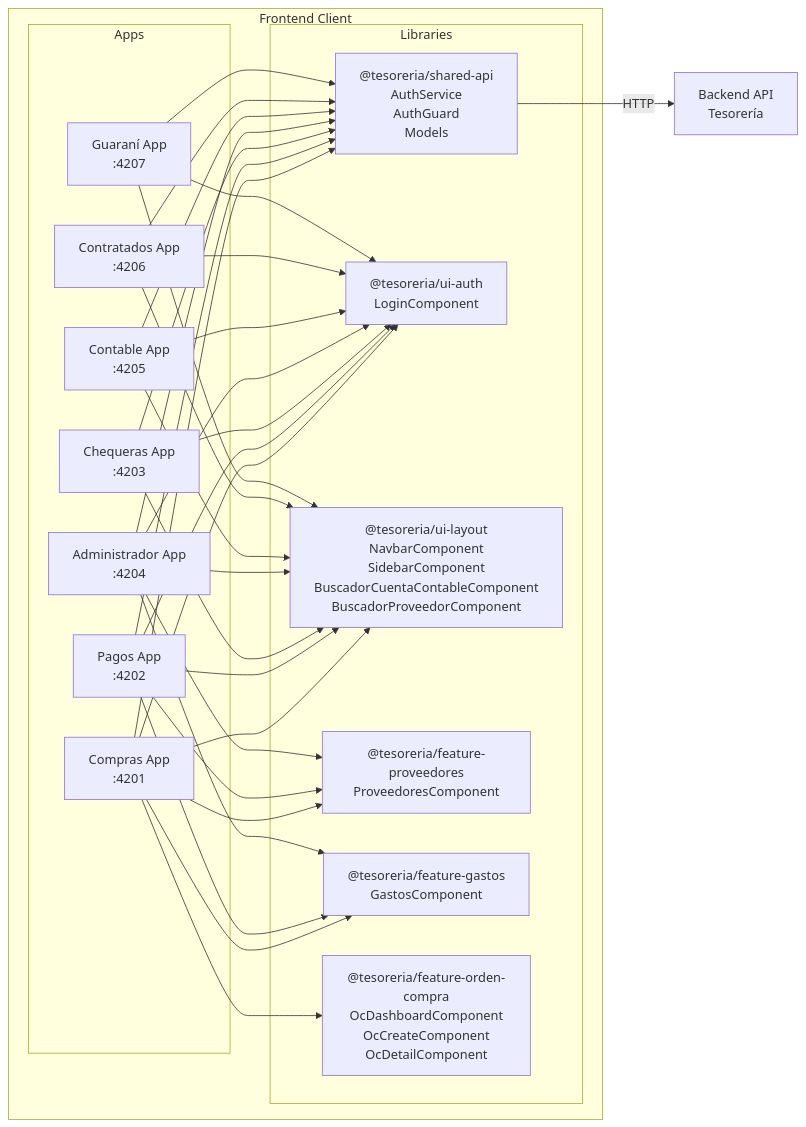
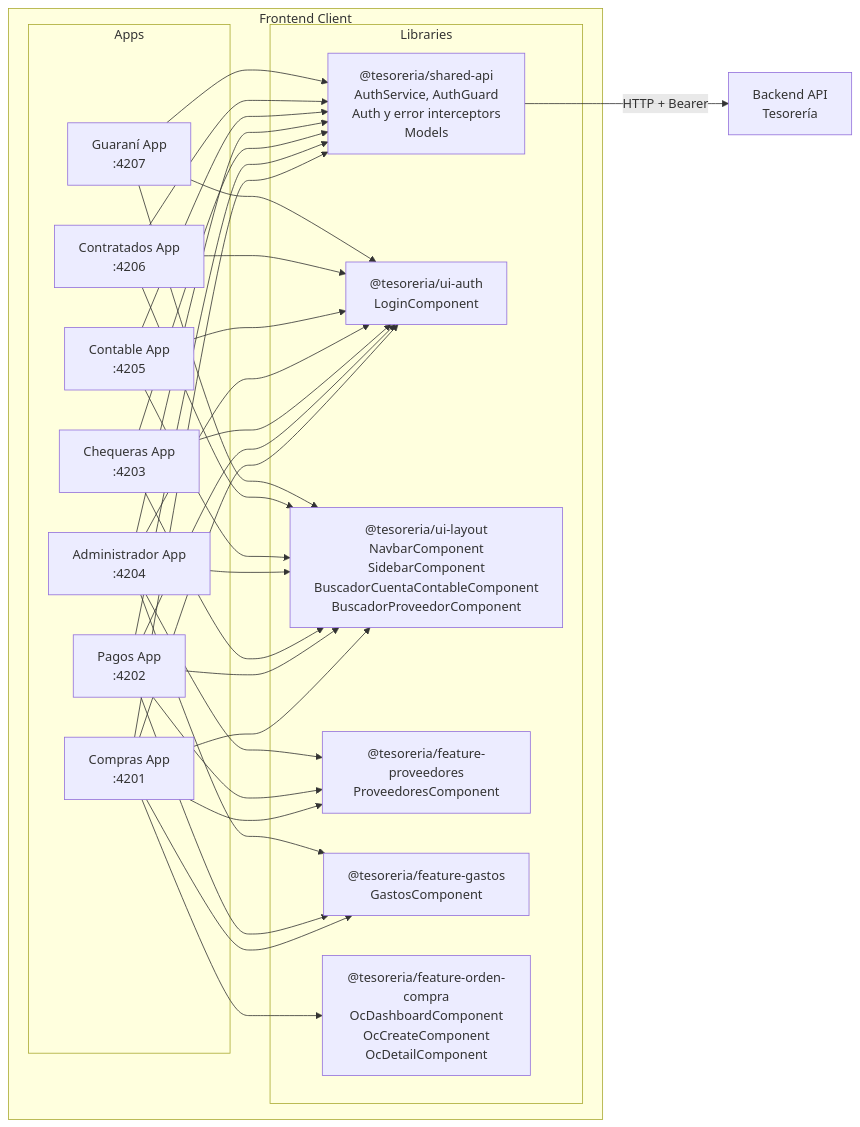
Before and after one commit to UM-services/UM.tesoreria.frontend-client: the first of 8 diagrams in docs/architecture.md, drawn with Mermaid. The commit also changed other lines of this file and 3 other files, not shown here.

First line of the commit message:
docs: update architecture and deployment guidance

````diff
--- a/docs/architecture.md
+++ b/docs/architecture.md
@@ -5,60 +5,60 @@
 ```mermaid
     flowchart LR
     subgraph "Frontend Client"
         subgraph "Apps"
             Compras["Compras App<br/>:4201"]
             Pagos["Pagos App<br/>:4202"]
             Chequeras["Chequeras App<br/>:4203"]
             Admin["Administrador App<br/>:4204"]
             Contable["Contable App<br/>:4205"]
             Contratados["Contratados App<br/>:4206"]
             Guarani["Guaraní App<br/>:4207"]
         end
 
         subgraph "Libraries"
-            SharedAPI["@tesoreria/shared-api<br/>AuthService<br/>AuthGuard<br/>Models"]
+            SharedAPI["@tesoreria/shared-api<br/>AuthService, AuthGuard<br/>Auth y error interceptors<br/>Models"]
             UIAuth["@tesoreria/ui-auth<br/>LoginComponent"]
             UILayout["@tesoreria/ui-layout<br/>NavbarComponent<br/>SidebarComponent<br/>BuscadorCuentaContableComponent<br/>BuscadorProveedorComponent"]
             FeatureProveedores["@tesoreria/feature-proveedores<br/>ProveedoresComponent"]
             FeatureGastos["@tesoreria/feature-gastos<br/>GastosComponent"]
             FeatureOrdenCompra["@tesoreria/feature-orden-compra<br/>OcDashboardComponent<br/>OcCreateComponent<br/>OcDetailComponent"]
         end
     end
 
     Compras --> SharedAPI
     Compras --> UIAuth
     Compras --> UILayout
     Compras --> FeatureProveedores
     Compras --> FeatureGastos
     Compras --> FeatureOrdenCompra
 
     Pagos --> SharedAPI
     Pagos --> UIAuth
     Pagos --> UILayout
     Pagos --> FeatureProveedores
     Pagos --> FeatureGastos
 
     Chequeras --> SharedAPI
     Chequeras --> UIAuth
     Chequeras --> UILayout
 
     Admin --> SharedAPI
     Admin --> UIAuth
     Admin --> UILayout
     Admin --> FeatureProveedores
     Admin --> FeatureGastos
 
     Contable --> SharedAPI
     Contable --> UIAuth
     Contable --> UILayout
 
     Contratados --> SharedAPI
     Contratados --> UIAuth
     Contratados --> UILayout
 
     Guarani --> SharedAPI
     Guarani --> UIAuth
     Guarani --> UILayout
 
-    SharedAPI -->|HTTP| BackendAPI["Backend API<br/>Tesorería"]
+    SharedAPI -->|"HTTP + Bearer"| BackendAPI["Backend API<br/>Tesorería"]
 ```
````
